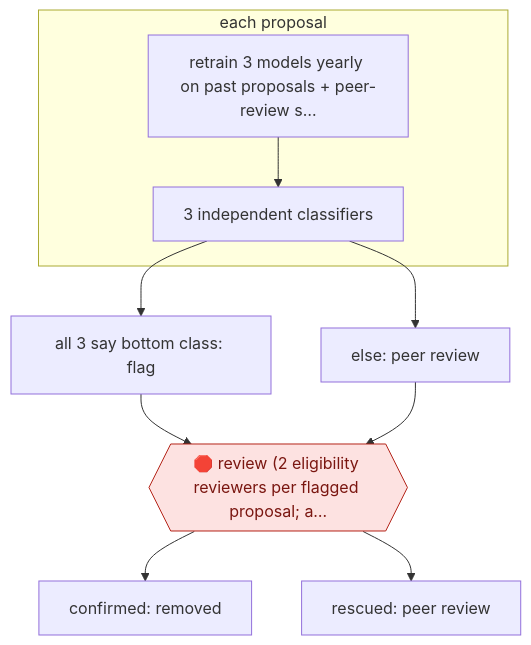
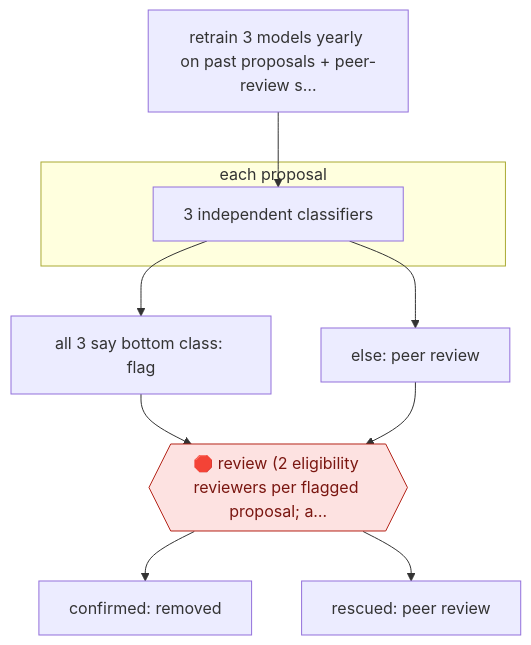
The diagram in workflows/PRO/RES/GRANT/funder-side-prescreen/README.md (milesradford99/agent-workflow-atlas), drawn with Mermaid before and after one commit. The commit also changed other lines of this file and 171 other files, not shown here.

````diff
--- a/workflows/PRO/RES/GRANT/funder-side-prescreen/README.md
+++ b/workflows/PRO/RES/GRANT/funder-side-prescreen/README.md
@@ -31,20 +31,20 @@
 ```mermaid
 flowchart TD
   n1["retrain 3 models yearly on past proposals + peer-review s…"]
   subgraph s2["each proposal"]
   n3["3 independent classifiers"]
-  n1 --> n3
   end
   n4["all 3 say bottom class: flag"]
+  n5["else: peer review"]
+  n6{{"🛑 review (2 eligibility reviewers per flagged proposal; a…"}}:::stop
+  n7["confirmed: removed"]
+  n8["rescued: peer review"]
+  n1 --> n3
   n3 --> n4
-  n5["else: peer review"]
   n3 --> n5
-  n6{{"🛑 review (2 eligibility reviewers per flagged proposal; a…"}}:::stop
   n4 --> n6
   n5 --> n6
-  n7["confirmed: removed"]
   n6 --> n7
-  n8["rescued: peer review"]
   n6 --> n8
   classDef stop fill:#fde2e1,stroke:#b42318,color:#7a1610
 ```
````
